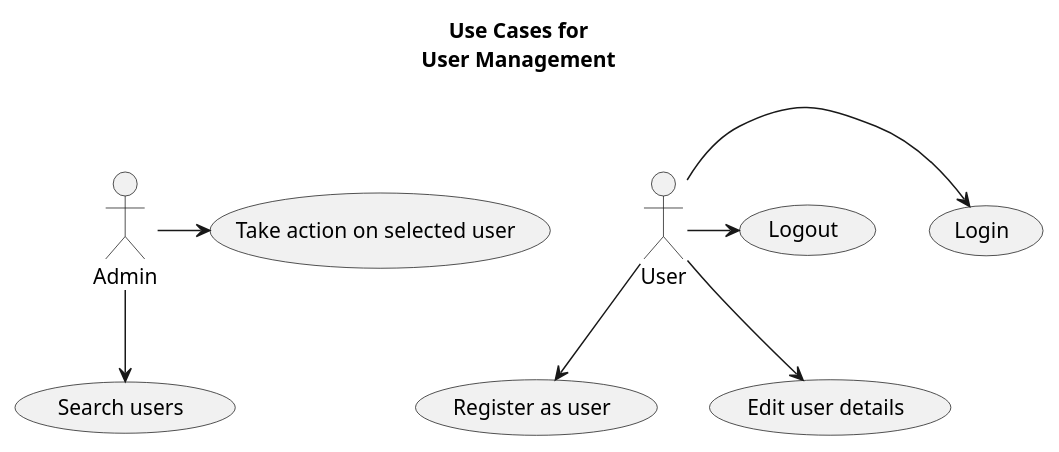
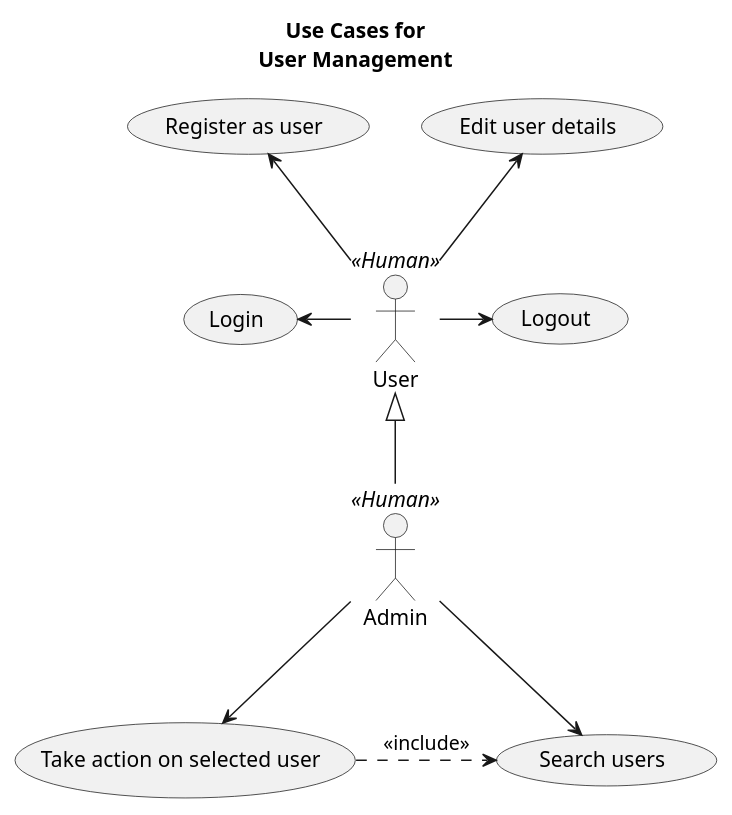
Diagram 19 of 40 in doc/worg/org-contrib/gsoc2012/student-projects/bugpile/i.org (bzg/bugpile), drawn with PlantUML before and after one commit. The commit also changed other lines of this file and 1 other file, not shown here.

Commit message:
i.org tutorial on worg: use case diagrams finished.

```diff
--- a/doc/worg/org-contrib/gsoc2012/student-projects/bugpile/i.org
+++ b/doc/worg/org-contrib/gsoc2012/student-projects/bugpile/i.org
@@ -956,17 +956,24 @@
 #+begin_src plantuml :file ../../../../images/gsoc/2012/bugpile/user-management-uml-uc.png
   title Use Cases for\n<b>User Management</b>
+
+  :User: <<Human>>
+  :Admin: <<Human>>
+
+  User <|-down- Admin
 
   usecase (Register as user) as (Reg)
   usecase (Edit user details) as (Ed)
   usecase (Login) as (In)
   usecase (Logout) as (Out)
   usecase (Search users) as (Search)
   usecase (Take action on selected user) as (Act)
 
+  (Act) .> (Search) : <<include>>
+
   Admin --> (Search)
-  Admin -> (Act)
-  User --> (Reg) 
-  User --> (Ed) 
-  User -> (In) 
+  Admin --> (Act)
+  (Reg) <--  User
+  (Ed) <-- User  
+  (In) <- User
   User -> (Out) 
 #+end_src
```
